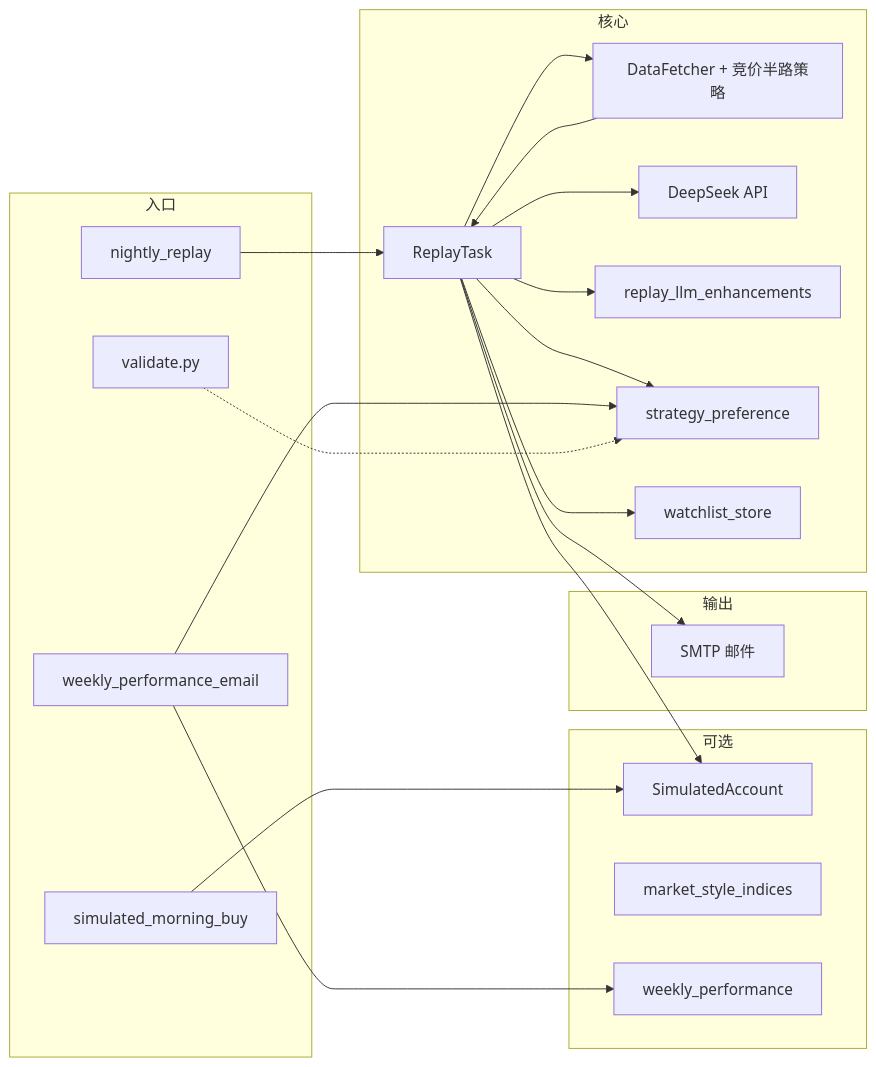
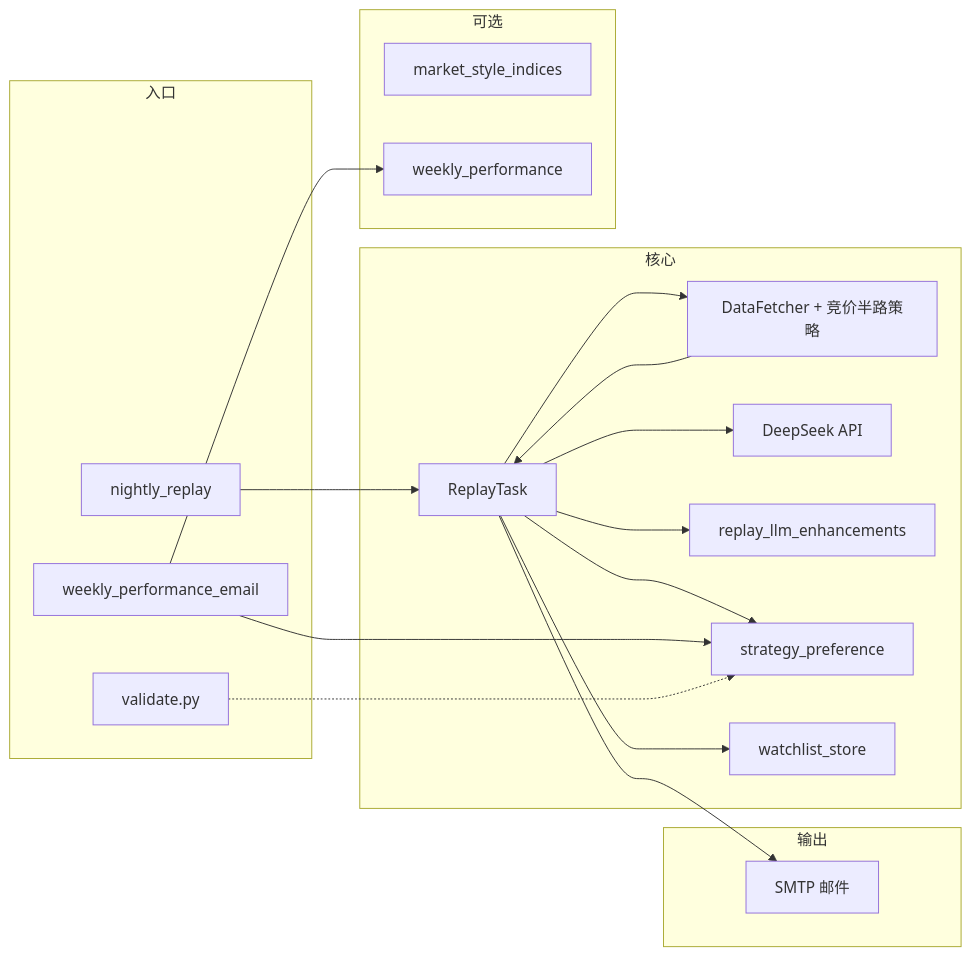
Before and after one commit to doubiaaa/PythonProject1: the diagram in ARCHITECTURE.md, drawn with Mermaid. The commit also changed other lines of this file and 16 other files, not shown here.

First line of the commit message:
Remove simulated trading module; expand README and ARCHITECTURE

````diff
--- a/ARCHITECTURE.md
+++ b/ARCHITECTURE.md
@@ -80,42 +79,38 @@
 ```mermaid
 flowchart LR
     subgraph in["入口"]
         N[nightly_replay]
         P[weekly_performance_email]
-        M[simulated_morning_buy]
         V[validate.py]
     end
 
     subgraph core["核心"]
         DF[DataFetcher + 竞价半路策略]
         RT[ReplayTask]
         DS[DeepSeek API]
         ENH[replay_llm_enhancements]
         SP[strategy_preference]
         WL[watchlist_store]
     end
 
     subgraph opt["可选"]
-        SIM[SimulatedAccount]
         MSI[market_style_indices]
         WP[weekly_performance]
     end
 
     subgraph out["输出"]
         EM[SMTP 邮件]
     end
 
     N --> RT
     RT --> DF
     DF --> RT
     RT --> DS
     RT --> ENH
     RT --> WL
     RT --> SP
-    RT --> SIM
     RT --> EM
     P --> WP
     P --> SP
-    M --> SIM
     V -.-> SP
 ```
````
